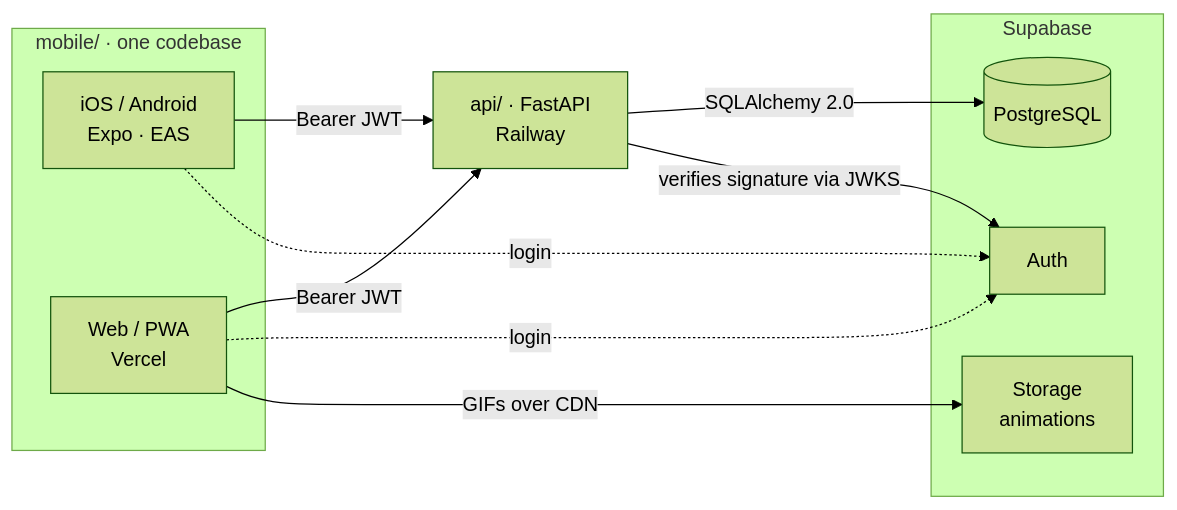
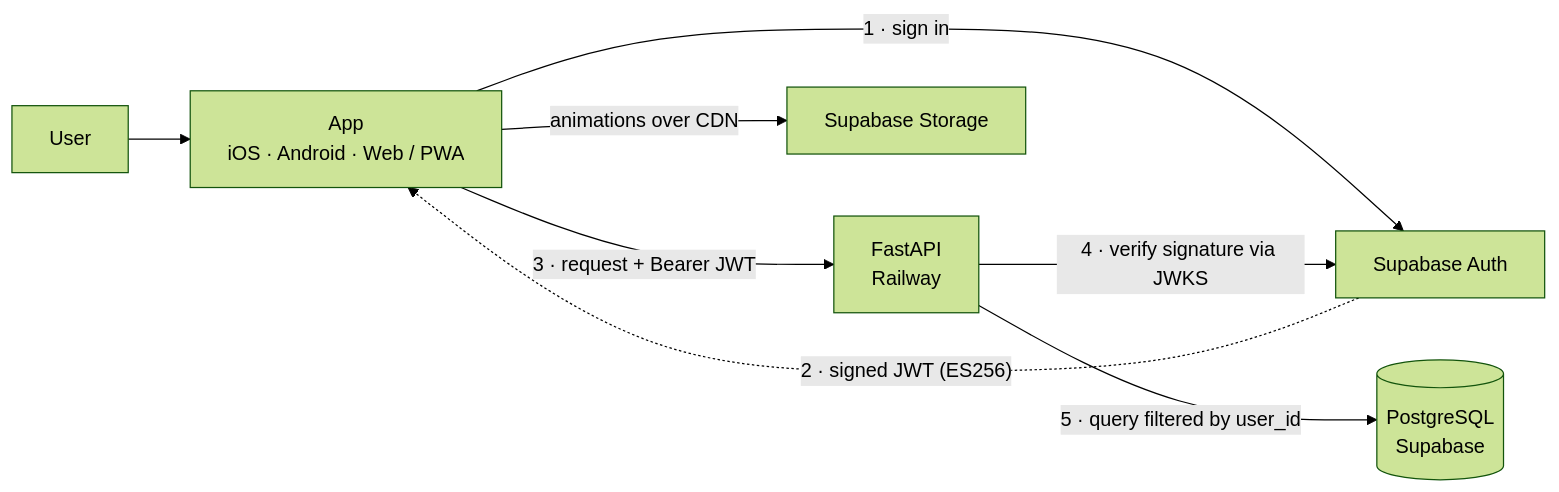
The diagram in README.en.md (BlasterLc/fittrack), drawn with Mermaid (forest theme) before and after one commit. The commit also changed other lines of this file and 1 other file, not shown here.

````diff
--- a/README.en.md
+++ b/README.en.md
@@ -61,21 +59,10 @@
 ```mermaid
 flowchart LR
-    subgraph client["mobile/ · one codebase"]
-        M["iOS / Android<br/>Expo · EAS"]
-        W["Web / PWA<br/>Vercel"]
-    end
-    API["api/ · FastAPI<br/>Railway"]
-    subgraph sb["Supabase"]
-        DB[("PostgreSQL")]
-        AUTH["Auth"]
-        ST["Storage<br/>animations"]
-    end
-
-    M -->|"Bearer JWT"| API
-    W -->|"Bearer JWT"| API
-    M -.->|"login"| AUTH
-    W -.->|"login"| AUTH
-    API -->|"SQLAlchemy 2.0"| DB
-    API -->|"verifies signature via JWKS"| AUTH
-    W -->|"GIFs over CDN"| ST
+    U[User] --> APP["App<br/>iOS · Android · Web / PWA"]
+    APP -->|"1 · sign in"| AUTH["Supabase Auth"]
+    AUTH -.->|"2 · signed JWT (ES256)"| APP
+    APP -->|"3 · request + Bearer JWT"| API["FastAPI<br/>Railway"]
+    API -->|"4 · verify signature via JWKS"| AUTH
+    API -->|"5 · query filtered by user_id"| DB[("PostgreSQL<br/>Supabase")]
+    APP -->|"animations over CDN"| ST["Supabase Storage"]
 ```
````
